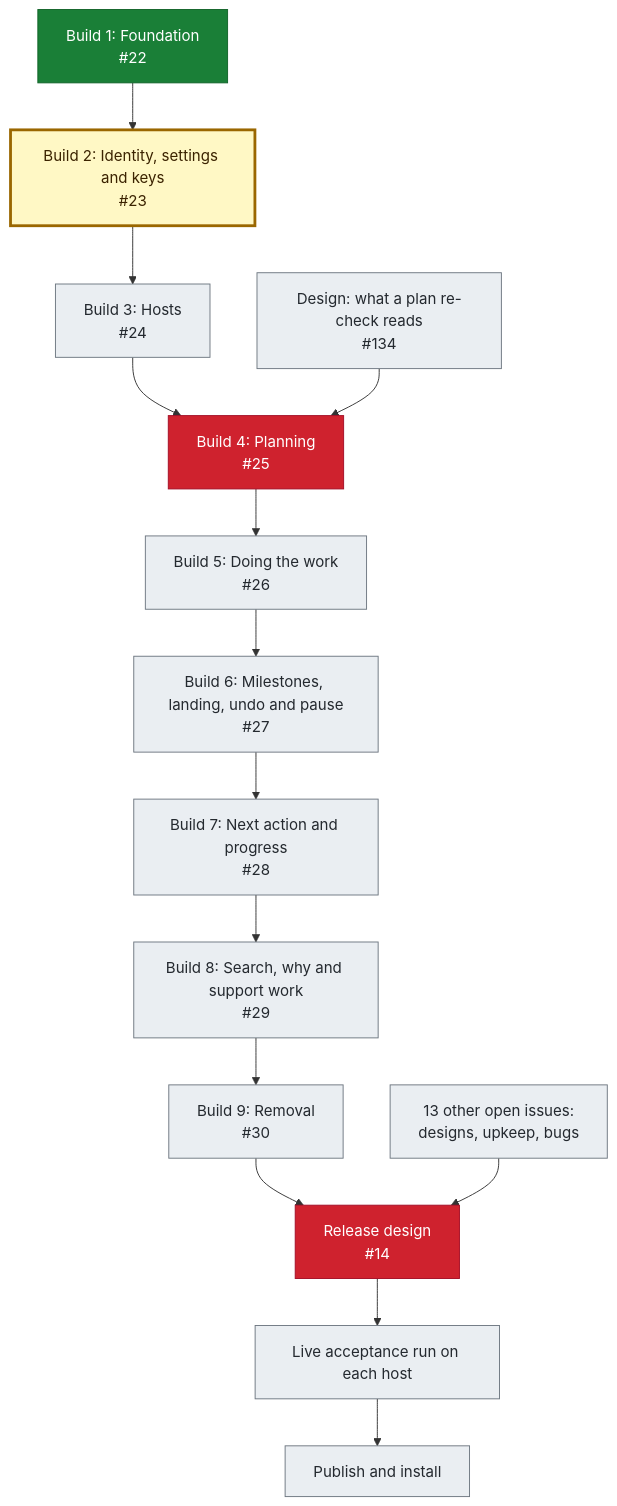
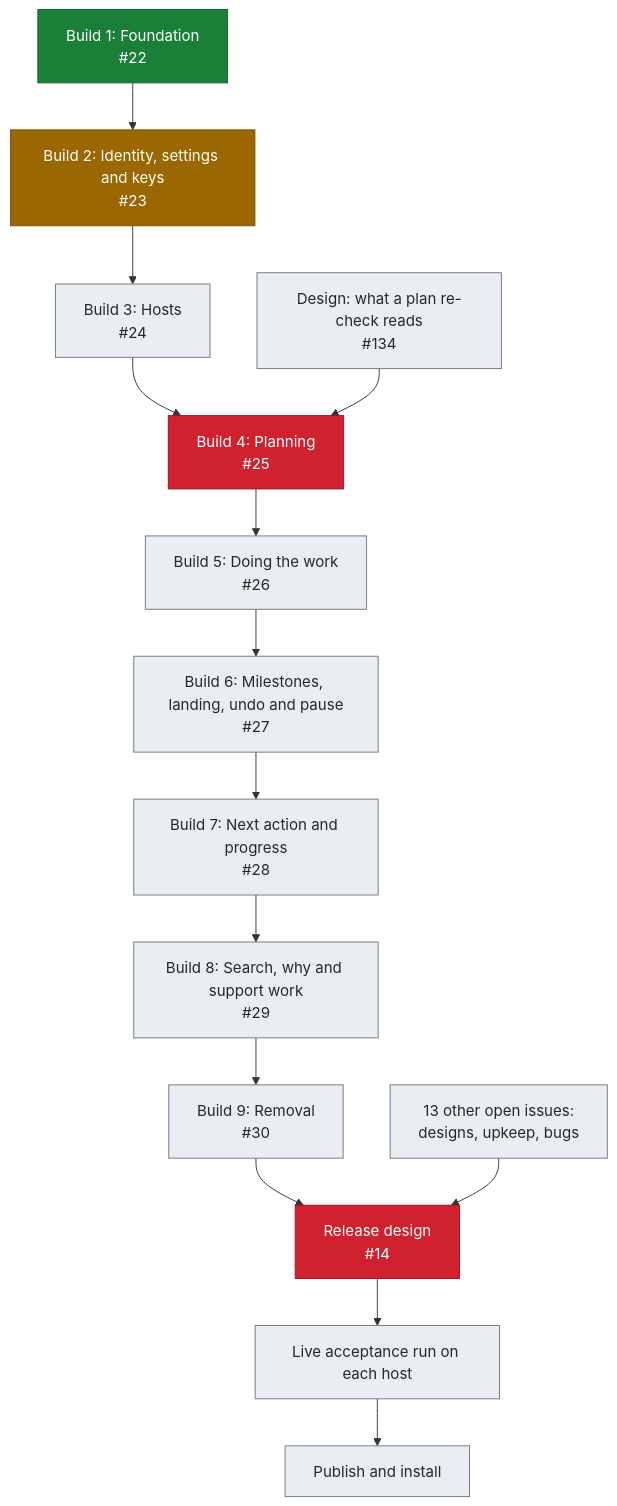
One commit to crenshawdev/baley changed the first of 3 diagrams in docs/roadmap.md. Above: the diagram before and after it, drawn with Mermaid. The commit also changed other lines of this file and 2 other files, not shown here.

````diff
--- a/docs/roadmap.md
+++ b/docs/roadmap.md
@@ -9,32 +9,32 @@
 ```mermaid
 flowchart TB
     B1["Build 1: Foundation<br/>#22"]
     B2["Build 2: Identity, settings and keys<br/>#23"]
     B3["Build 3: Hosts<br/>#24"]
     B4["Build 4: Planning<br/>#25"]
     B5["Build 5: Doing the work<br/>#26"]
     B6["Build 6: Milestones, landing, undo and pause<br/>#27"]
     B7["Build 7: Next action and progress<br/>#28"]
     B8["Build 8: Search, why and support work<br/>#29"]
     B9["Build 9: Removal<br/>#30"]
     D134["Design: what a plan re-check reads<br/>#134"]
     OTHER["13 other open issues:<br/>designs, upkeep, bugs"]
     R1["Release design<br/>#14"]
     R2["Live acceptance run on each host"]
     R3["Publish and install"]
 
     B1 --> B2 --> B3 --> B4 --> B5 --> B6 --> B7 --> B8 --> B9 --> R1 --> R2 --> R3
     D134 --> B4
     OTHER --> R1
 
     classDef done fill:#1a7f37,stroke:#116329,color:#ffffff
     classDef progress fill:#9a6700,stroke:#7d4e00,color:#ffffff
     classDef next fill:#fff8c5,stroke:#9a6700,stroke-width:3px,color:#3b2300
     classDef blocked fill:#cf222e,stroke:#a40e26,color:#ffffff
     classDef planned fill:#eaeef2,stroke:#6e7781,color:#24292f
 
     class B1 done
-    class B2 next
+    class B2 progress
     class B4,R1 blocked
     class B3,B5,B6,B7,B8,B9,D134,OTHER,R2,R3 planned
 ```
````
